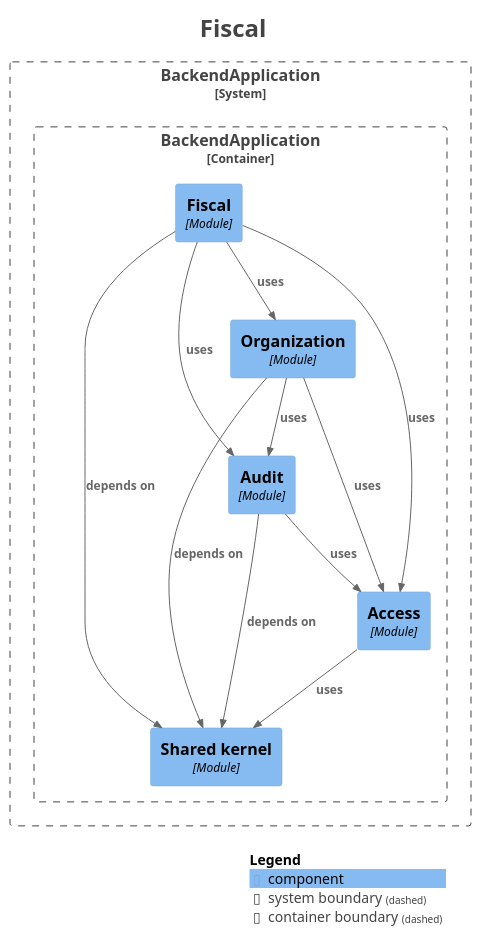
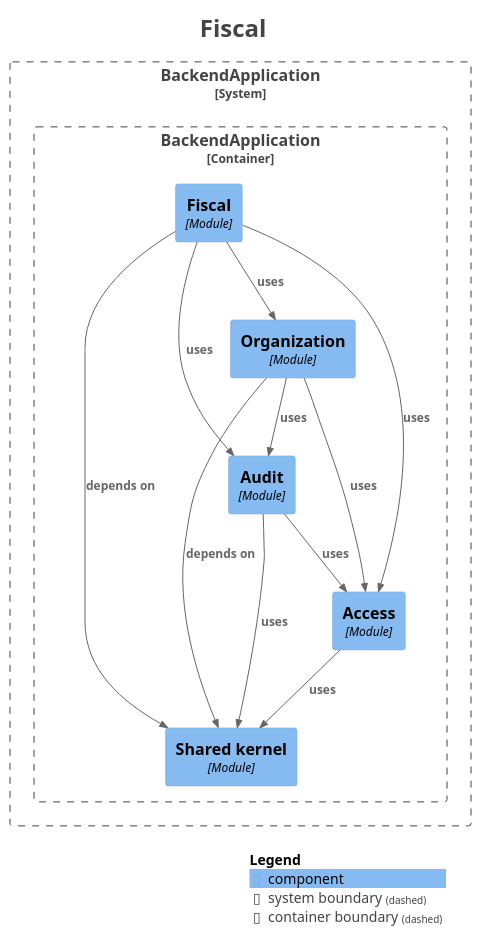
Before and after one commit to fxavier/restaurantePRO: the diagram in docs/architecture/modules/module-fiscal.puml, drawn with PlantUML. The commit also changed 23 other files, not shown here.

```diff
--- a/docs/architecture/modules/module-fiscal.puml
+++ b/docs/architecture/modules/module-fiscal.puml
@@ -1,42 +1,42 @@
 @startuml
 title <size:24>Fiscal</size>
 
 set separator none
 top to bottom direction
 
 <style>
   root {
     BackgroundColor: #ffffff
     FontColor: #444444
   }
 </style>
 
 !include <C4/C4>
 !include <C4/C4_Context>
 !include <C4/C4_Component>
 
 System_Boundary("BackendApplication_boundary", "BackendApplication", $tags="") {
   Container_Boundary("BackendApplication.BackendApplication_boundary", "BackendApplication", $tags="") {
     Component(BackendApplication.BackendApplication.Fiscal, "Fiscal", $techn="Module", $descr="", $tags="", $link="")
     Component(BackendApplication.BackendApplication.Sharedkernel, "Shared kernel", $techn="Module", $descr="", $tags="", $link="")
     Component(BackendApplication.BackendApplication.Access, "Access", $techn="Module", $descr="", $tags="", $link="")
     Component(BackendApplication.BackendApplication.Audit, "Audit", $techn="Module", $descr="", $tags="", $link="")
     Component(BackendApplication.BackendApplication.Organization, "Organization", $techn="Module", $descr="", $tags="", $link="")
   }
 
 }
 
+Rel(BackendApplication.BackendApplication.Organization, BackendApplication.BackendApplication.Sharedkernel, "depends on", $techn="", $tags="", $link="")
+Rel(BackendApplication.BackendApplication.Organization, BackendApplication.BackendApplication.Audit, "uses", $techn="", $tags="", $link="")
+Rel(BackendApplication.BackendApplication.Organization, BackendApplication.BackendApplication.Access, "uses", $techn="", $tags="", $link="")
 Rel(BackendApplication.BackendApplication.Audit, BackendApplication.BackendApplication.Access, "uses", $techn="", $tags="", $link="")
+Rel(BackendApplication.BackendApplication.Audit, BackendApplication.BackendApplication.Sharedkernel, "uses", $techn="", $tags="", $link="")
 Rel(BackendApplication.BackendApplication.Fiscal, BackendApplication.BackendApplication.Sharedkernel, "depends on", $techn="", $tags="", $link="")
 Rel(BackendApplication.BackendApplication.Fiscal, BackendApplication.BackendApplication.Access, "uses", $techn="", $tags="", $link="")
 Rel(BackendApplication.BackendApplication.Fiscal, BackendApplication.BackendApplication.Organization, "uses", $techn="", $tags="", $link="")
 Rel(BackendApplication.BackendApplication.Fiscal, BackendApplication.BackendApplication.Audit, "uses", $techn="", $tags="", $link="")
-Rel(BackendApplication.BackendApplication.Organization, BackendApplication.BackendApplication.Sharedkernel, "depends on", $techn="", $tags="", $link="")
-Rel(BackendApplication.BackendApplication.Organization, BackendApplication.BackendApplication.Audit, "uses", $techn="", $tags="", $link="")
-Rel(BackendApplication.BackendApplication.Organization, BackendApplication.BackendApplication.Access, "uses", $techn="", $tags="", $link="")
 Rel(BackendApplication.BackendApplication.Access, BackendApplication.BackendApplication.Sharedkernel, "uses", $techn="", $tags="", $link="")
-Rel(BackendApplication.BackendApplication.Audit, BackendApplication.BackendApplication.Sharedkernel, "depends on", $techn="", $tags="", $link="")
 
 SHOW_LEGEND(true)
 hide stereotypes
 @enduml
```
